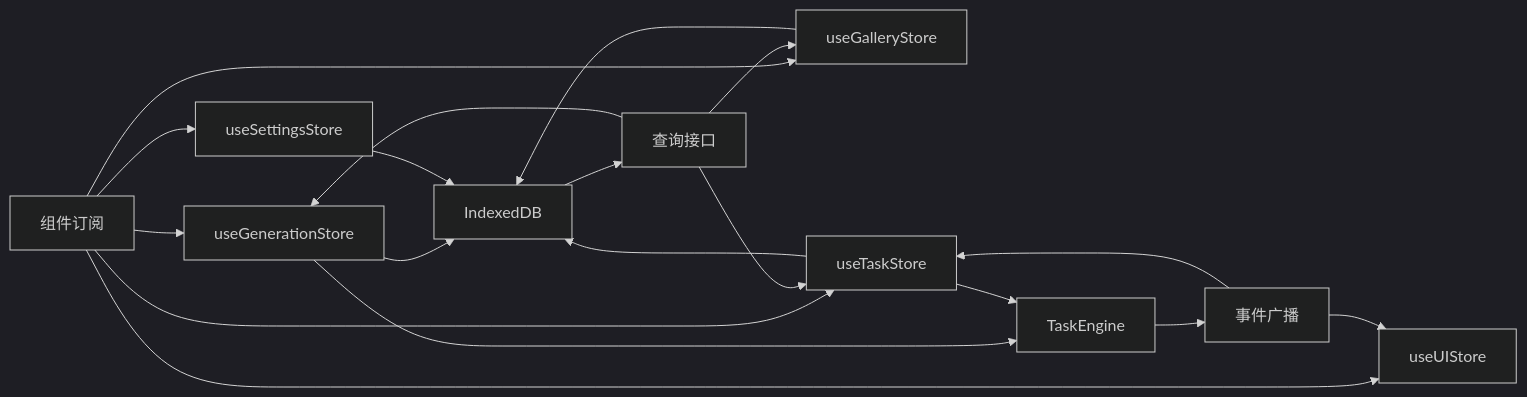
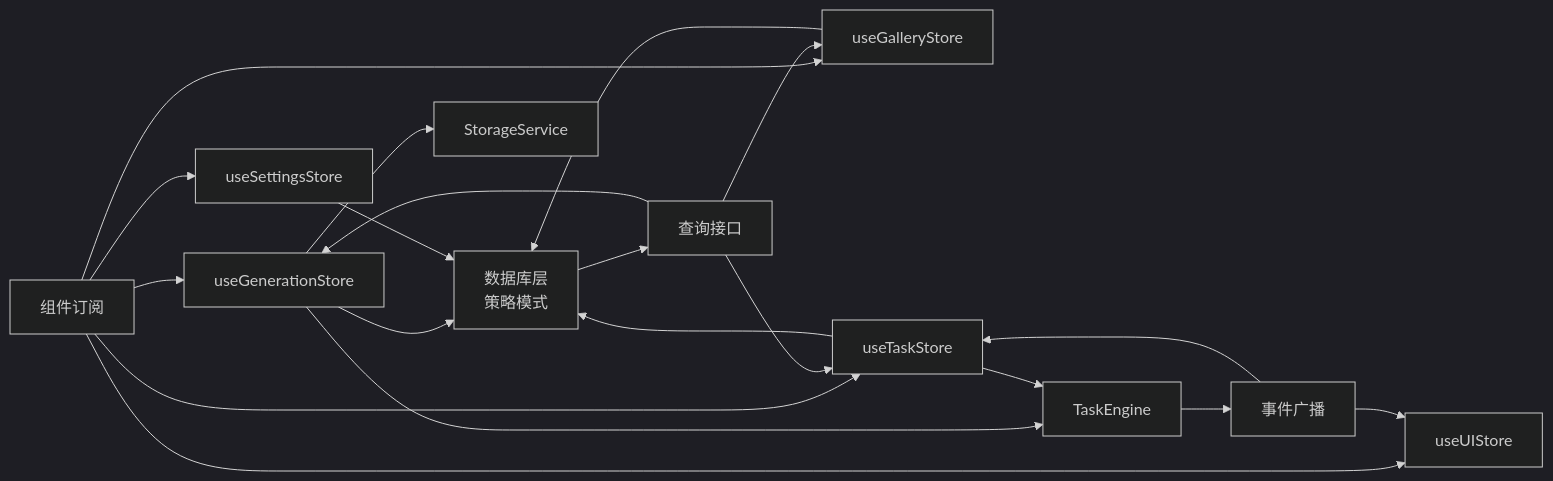
Before and after one commit to AlbusWei/AI-Image-Studio: the eighth of 14 diagrams in .qoder/repowiki/zh/content/架构设计/数据流设计/Zustand 状态管理/Zustand 状态管理.md, drawn with Mermaid (dark theme). The commit also changed other lines of this file and 37 other files, not shown here.

````diff
--- a/.qoder/repowiki/zh/content/架构设计/数据流设计/Zustand 状态管理/Zustand 状态管理.md
+++ b/.qoder/repowiki/zh/content/架构设计/数据流设计/Zustand 状态管理/Zustand 状态管理.md
@@ -398,21 +431,22 @@
 ```mermaid
 graph LR
 SUB["组件订阅"] --> GEN["useGenerationStore"]
 SUB --> GAL["useGalleryStore"]
 SUB --> TASK["useTaskStore"]
 SUB --> SETTING["useSettingsStore"]
 SUB --> UI["useUIStore"]
-GEN --> DB["IndexedDB"]
+GEN --> DB["数据库层<br/>策略模式"]
 GAL --> DB
 TASK --> DB
 SETTING --> DB
 GEN --> TE["TaskEngine"]
 TASK --> TE
+GEN --> STORAGE["StorageService"]
 TE --> EVENT["事件广播"]
 EVENT --> TASK
 EVENT --> UI
 DB --> QUERY["查询接口"]
 QUERY --> GEN
 QUERY --> GAL
 QUERY --> TASK
 ```
````
